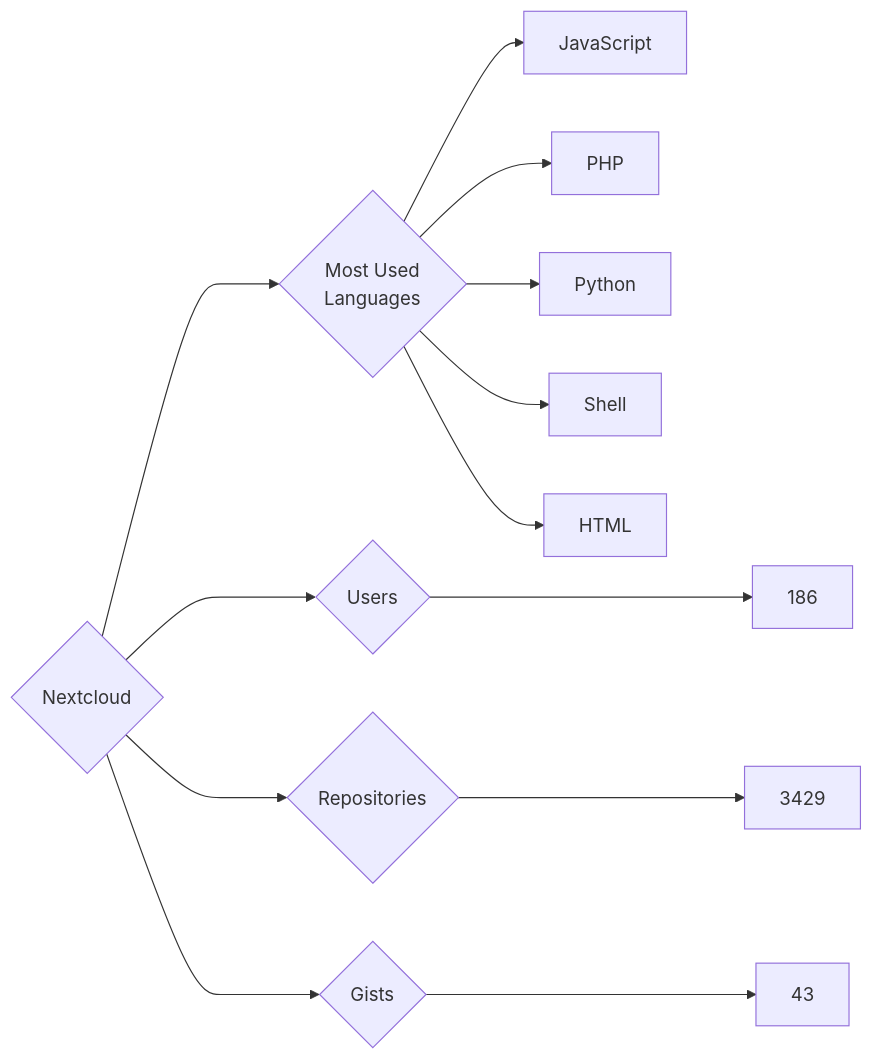
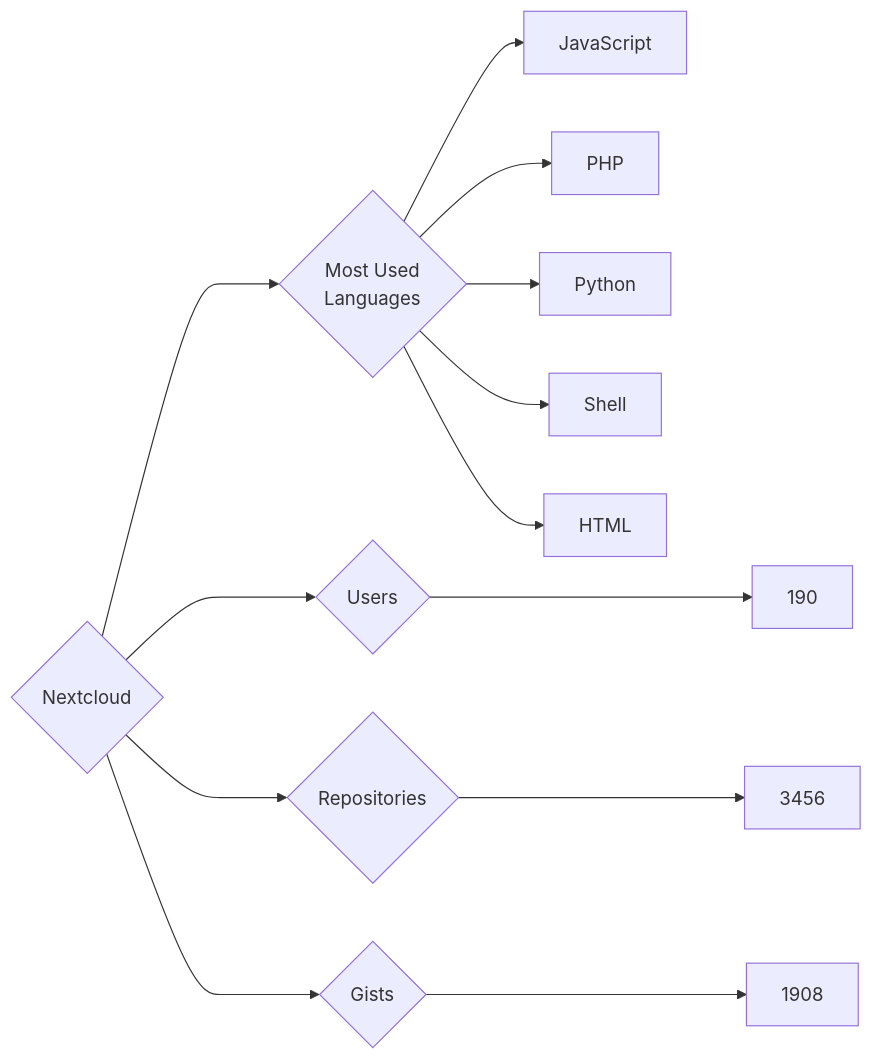
One commit to trickest/insiders changed the diagram in targets/Nextcloud/README.md. Above: the diagram before and after it, drawn with Mermaid. The commit also changed 953 other files, not shown here.

````diff
--- a/targets/Nextcloud/README.md
+++ b/targets/Nextcloud/README.md
@@ -3,13 +3,13 @@
 ```mermaid
 graph LR
 COMPANY_NAME{Nextcloud}
-COMPANY_NAME ---> U{Users} ---> UN[186]
-COMPANY_NAME ---> R{Repositories} ---> RN[3429]
-COMPANY_NAME ---> G{Gists} ---> GN[43]
+COMPANY_NAME ---> U{Users} ---> UN[190]
+COMPANY_NAME ---> R{Repositories} ---> RN[3456]
+COMPANY_NAME ---> G{Gists} ---> GN[1908]
 COMPANY_NAME ---> ML{Most Used<br>Languages}
 ML --> JavaScript[JavaScript]
 ML --> PHP[PHP]
 ML --> Python[Python]
 ML --> Shell[Shell]
 ML --> HTML[HTML]
 ```
````
